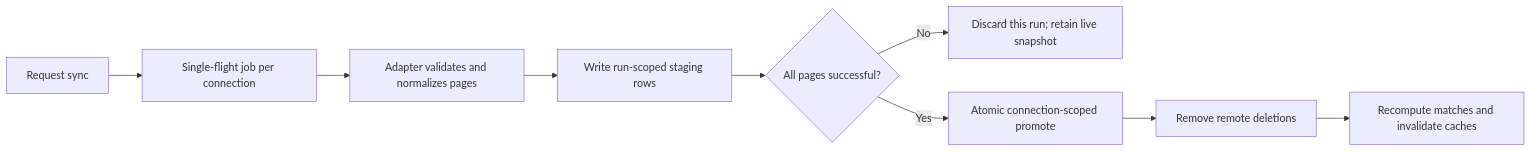
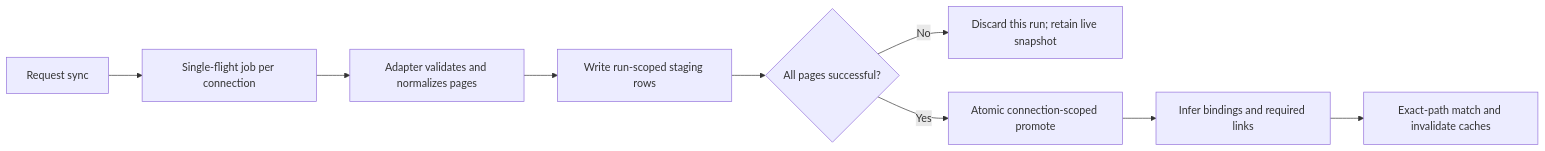
Before and after one commit to NPontious/MediaLyze: the second of 2 diagrams in docs/connectors.md, drawn with Mermaid. The commit also changed other lines of this file and 45 other files, not shown here.

````diff
--- a/docs/connectors.md
+++ b/docs/connectors.md
@@ -115,11 +130,11 @@
 ```mermaid
 flowchart LR
     A["Request sync"] --> B["Single-flight job per connection"]
     B --> C["Adapter validates and normalizes pages"]
     C --> D["Write run-scoped staging rows"]
     D --> E{"All pages successful?"}
     E -- No --> F["Discard this run; retain live snapshot"]
     E -- Yes --> G["Atomic connection-scoped promote"]
-    G --> H["Remove remote deletions"]
-    H --> I["Recompute matches and invalidate caches"]
+    G --> H["Infer bindings and required links"]
+    H --> I["Exact-path match and invalidate caches"]
 ```
````
